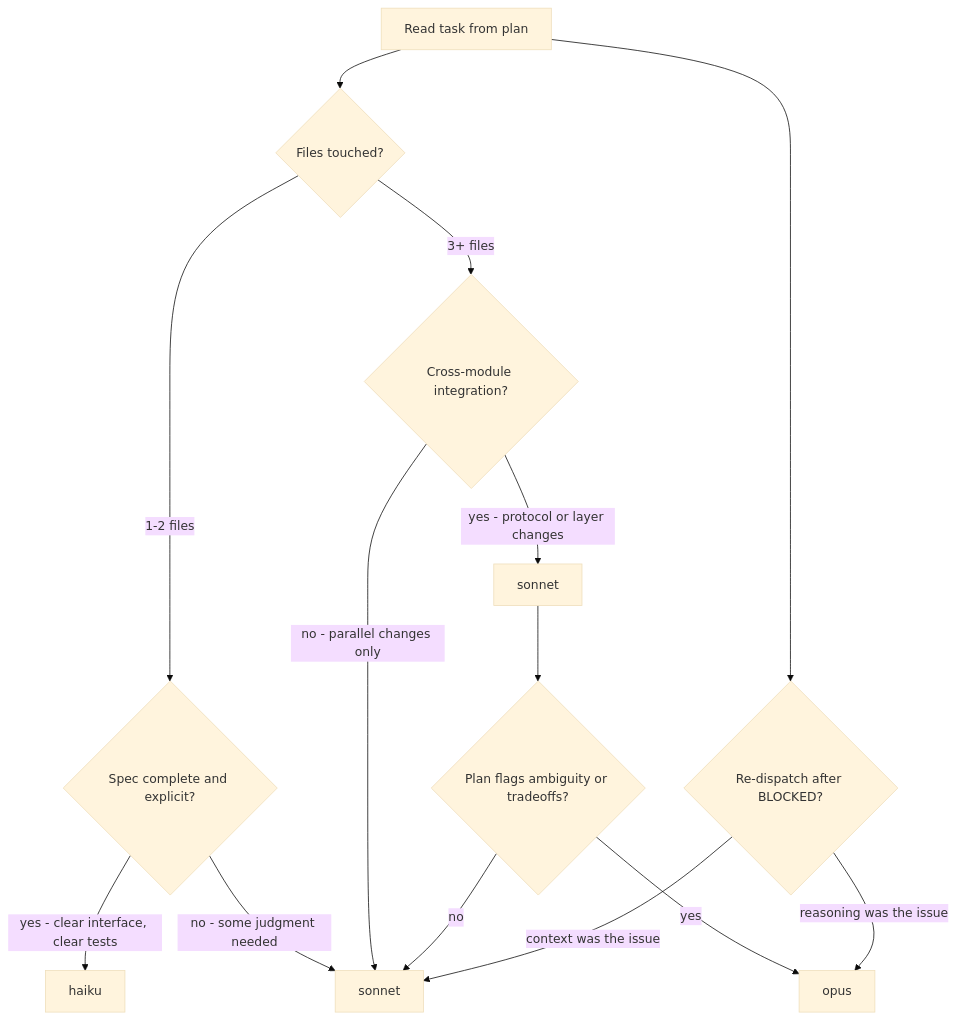
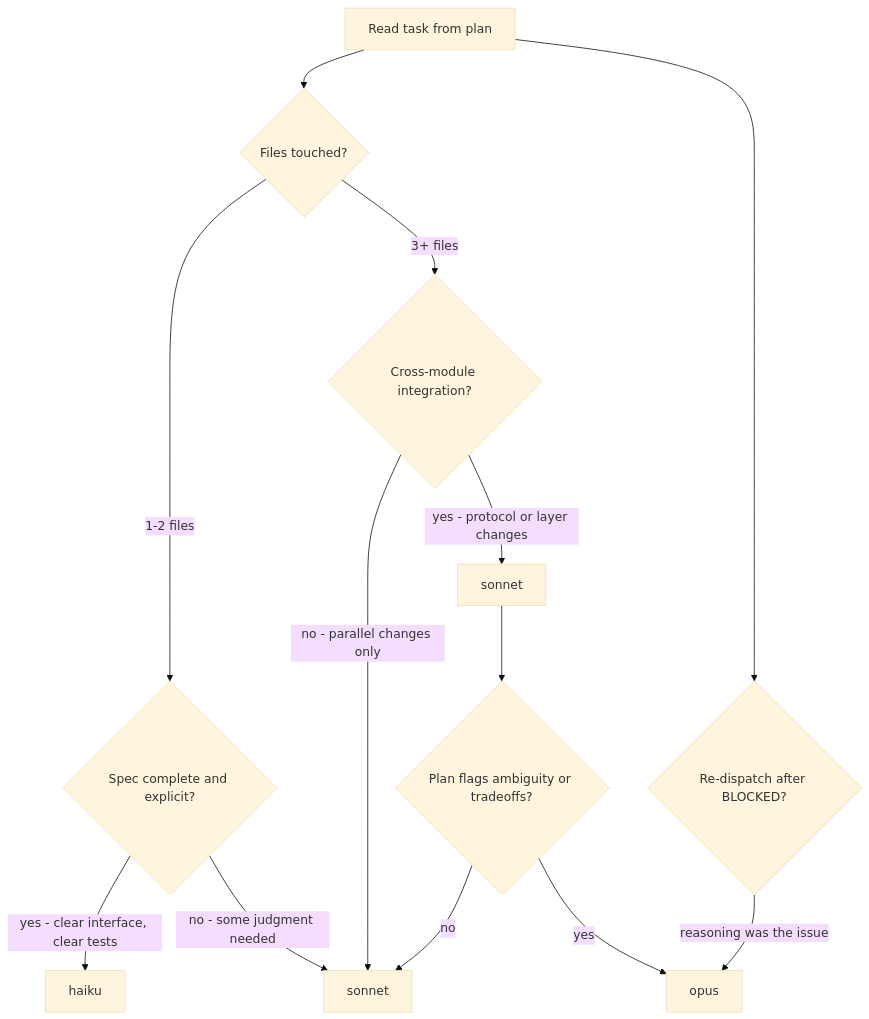
Before and after one commit to broneq/bdk: the diagram in skills/subagent-execute-plan/references/model-selection.md, drawn with Mermaid (base theme). The commit also changed other lines of this file and 5 other files, not shown here.

````diff
--- a/skills/subagent-execute-plan/references/model-selection.md
+++ b/skills/subagent-execute-plan/references/model-selection.md
@@ -11,16 +11,15 @@
 ```mermaid
 flowchart TD
     A[Read task from plan] --> B{Files touched?}
     B -->|1-2 files| C{Spec complete and explicit?}
     B -->|3+ files| D{Cross-module integration?}
     C -->|yes - clear interface, clear tests| E[haiku]
     C -->|no - some judgment needed| F[sonnet]
     D -->|no - parallel changes only| F
     D -->|yes - protocol or layer changes| G[sonnet]
     G --> H{Plan flags ambiguity or tradeoffs?}
     H -->|yes| I[opus]
     H -->|no| F
     A --> J{Re-dispatch after BLOCKED?}
-    J -->|context was the issue| F
     J -->|reasoning was the issue| I
 ```
````
